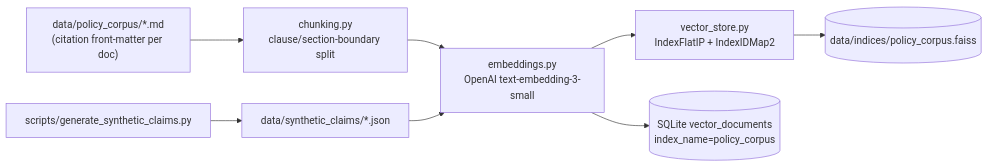
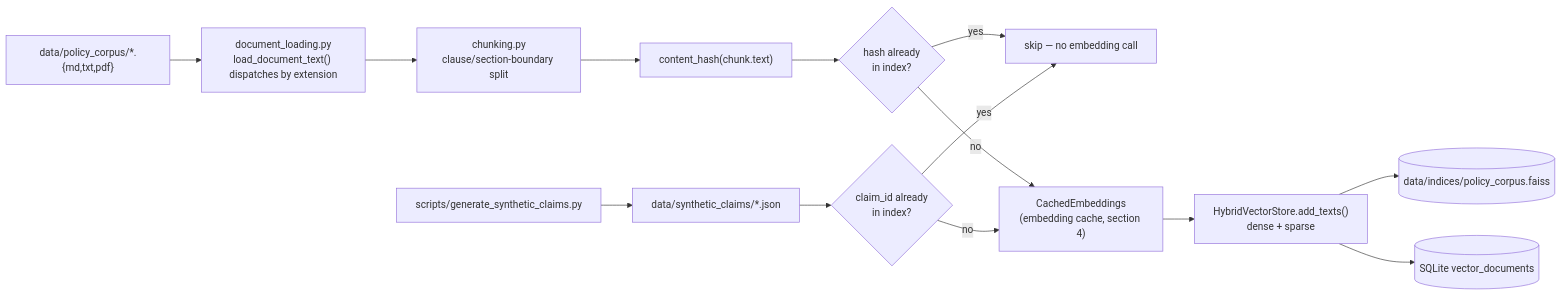
Before and after one commit to haritejan955-ux/Juneproect: the fourth of 4 diagrams in docs/vector-db-architecture.md, drawn with Mermaid. The commit also changed other lines of this file and 31 other files, not shown here.

````diff
--- a/docs/vector-db-architecture.md
+++ b/docs/vector-db-architecture.md
@@ -44,11 +86,17 @@
 ```mermaid
 flowchart LR
-    A["data/policy_corpus/*.md<br/>(citation front-matter per doc)"] --> B["chunking.py<br/>clause/section-boundary split"]
-    B --> C["embeddings.py<br/>OpenAI text-embedding-3-small"]
-    C --> D["vector_store.py<br/>IndexFlatIP + IndexIDMap2"]
-    D --> E[("data/indices/policy_corpus.faiss")]
-    C --> F[("SQLite vector_documents<br/>index_name=policy_corpus")]
+    A["data/policy_corpus/*.{md,txt,pdf}"] --> L["document_loading.py<br/>load_document_text() dispatches by extension"]
+    L --> B["chunking.py<br/>clause/section-boundary split"]
+    B --> H["content_hash(chunk.text)"]
+    H --> C{hash already<br/>in index?}
+    C -->|yes| Skip[skip — no embedding call]
+    C -->|no| E["CachedEmbeddings<br/>(embedding cache, section 4)"]
+    E --> D["HybridVectorStore.add_texts()<br/>dense + sparse"]
+    D --> F[("data/indices/policy_corpus.faiss")]
+    D --> G[("SQLite vector_documents")]
 
-    G["scripts/generate_synthetic_claims.py"] --> H["data/synthetic_claims/*.json"]
-    H --> C
+    Gen["scripts/generate_synthetic_claims.py"] --> J["data/synthetic_claims/*.json"]
+    J --> K{claim_id already<br/>in index?}
+    K -->|yes| Skip
+    K -->|no| E
 ```
````
